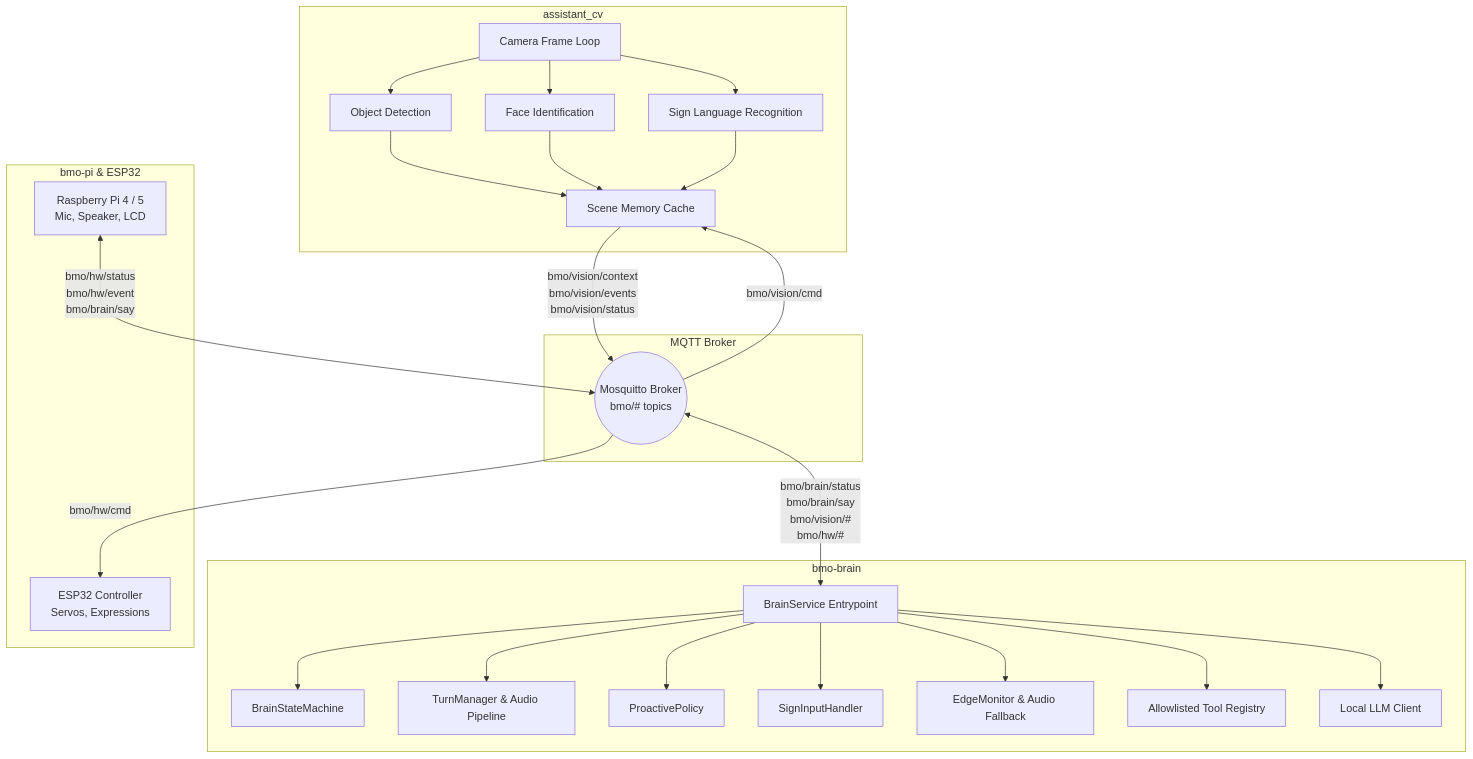
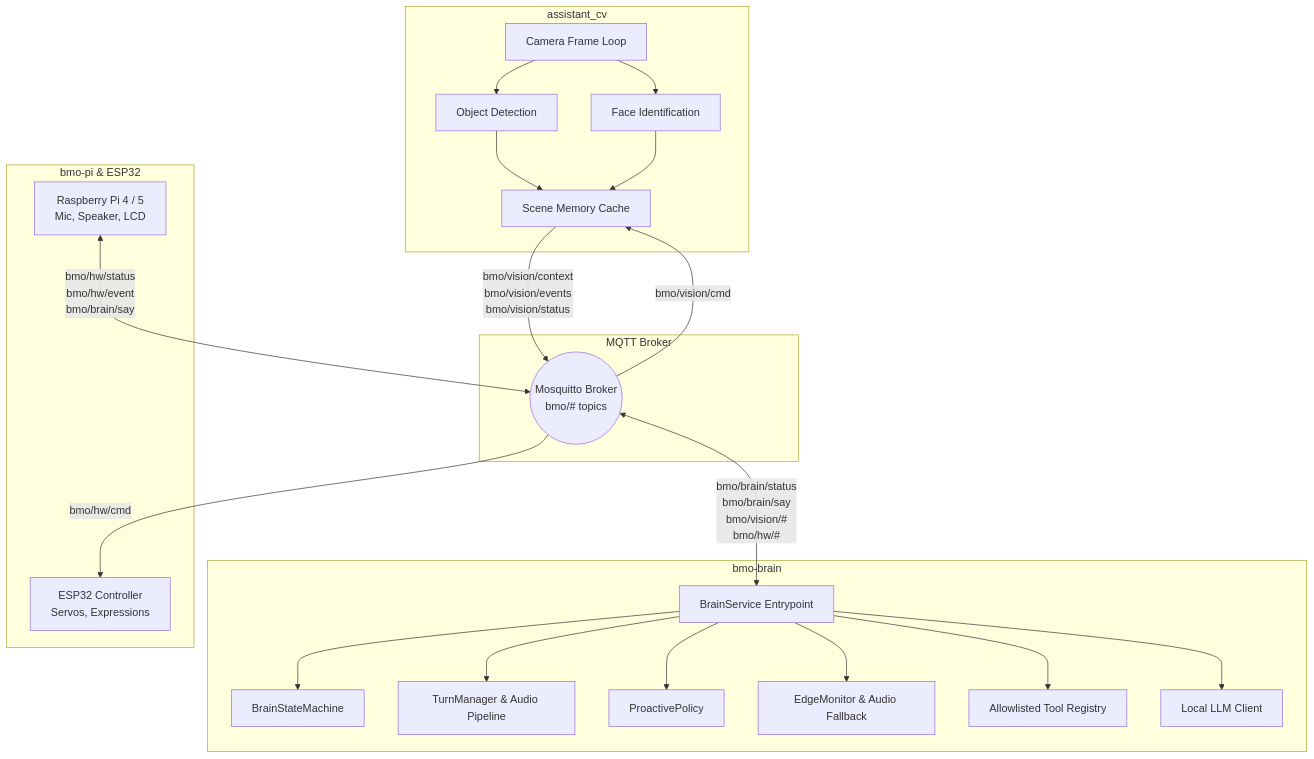
Before and after one commit to Amine-Sai/BMO-SMART-COMPANION: the diagram in README.md, drawn with Mermaid. The commit also changed other lines of this file and 92 other files, not shown here.

````diff
--- a/README.md
+++ b/README.md
@@ -9,42 +9,40 @@
 ```mermaid
 flowchart TD
     subgraph Vision Node [assistant_cv]
         CAM[Camera Frame Loop]
         YOLO[Object Detection]
         FACE[Face Identification]
-        SIGN[Sign Language Recognition]
         MEM[Scene Memory Cache]
-        CAM --> YOLO & FACE & SIGN
-        YOLO & FACE & SIGN --> MEM
+        CAM --> YOLO & FACE
+        YOLO & FACE --> MEM
     end
 
     subgraph Messaging [MQTT Broker]
         BROKER((Mosquitto Broker\nbmo/# topics))
     end
 
     subgraph Brain Node [bmo-brain]
         B_MAIN[BrainService Entrypoint]
         SM[BrainStateMachine]
         TURN[TurnManager & Audio Pipeline]
         POL[ProactivePolicy]
-        SIGN_IN[SignInputHandler]
         EDGE_MON[EdgeMonitor & Audio Fallback]
         TOOLS[Allowlisted Tool Registry]
         LLM[Local LLM Client]
 
-        B_MAIN --> SM & TURN & POL & SIGN_IN & EDGE_MON & TOOLS & LLM
+        B_MAIN --> SM & TURN & POL & EDGE_MON & TOOLS & LLM
     end
 
     subgraph Edge Body [bmo-pi & ESP32]
         PI[Raspberry Pi 4 / 5\nMic, Speaker, LCD]
         ESP[ESP32 Controller\nServos, Expressions]
     end
 
     MEM -->|bmo/vision/context\nbmo/vision/events\nbmo/vision/status| BROKER
     BROKER -->|bmo/vision/cmd| MEM
 
     BROKER <-->|bmo/brain/status\nbmo/brain/say\nbmo/vision/#\nbmo/hw/#| B_MAIN
 
     PI <-->|bmo/hw/status\nbmo/hw/event\nbmo/brain/say| BROKER
     BROKER -->|bmo/hw/cmd| ESP
 ```
````
